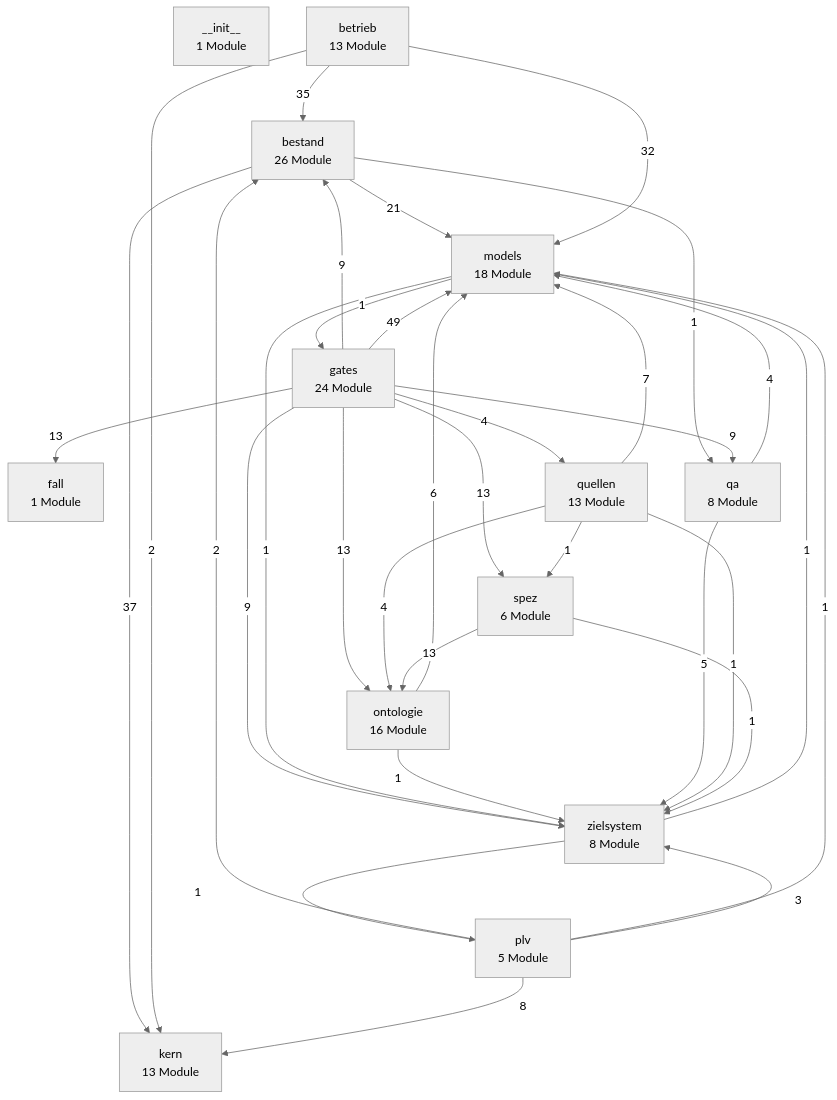
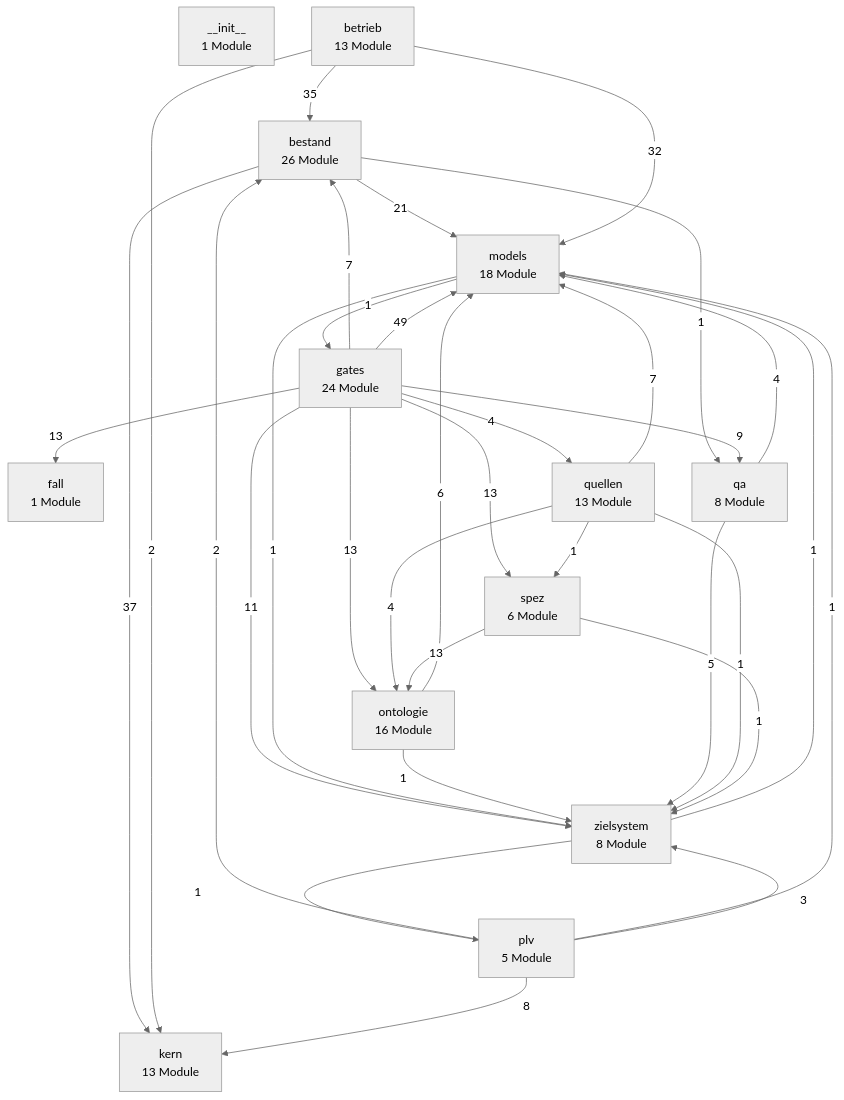
Before and after one commit to bartlmac/rechner-pipeline: the first of 3 diagrams in docs/architektur/landkarte.md, drawn with Mermaid (neutral theme). The commit also changed other lines of this file and 6 other files, not shown here.

First line of the commit message:
zielsystem: Laufmanifeste der Gates ueber Bestandsdaten binden

````diff
--- a/docs/architektur/landkarte.md
+++ b/docs/architektur/landkarte.md
@@ -36,49 +36,49 @@
 ```mermaid
 %% Schichten — erzeugt von ontologie.landkarte
 flowchart TD
     n__init__["__init__<br/>1 Module"]
     bestand["bestand<br/>26 Module"]
     betrieb["betrieb<br/>13 Module"]
     fall["fall<br/>1 Module"]
     gates["gates<br/>24 Module"]
     kern["kern<br/>13 Module"]
     models["models<br/>18 Module"]
     ontologie["ontologie<br/>16 Module"]
     plv["plv<br/>5 Module"]
     qa["qa<br/>8 Module"]
     quellen["quellen<br/>13 Module"]
     spez["spez<br/>6 Module"]
     zielsystem["zielsystem<br/>8 Module"]
     bestand -- 37 --> kern
     bestand -- 21 --> models
     bestand -- 1 --> qa
     betrieb -- 35 --> bestand
     betrieb -- 2 --> kern
     betrieb -- 32 --> models
-    gates -- 9 --> bestand
+    gates -- 7 --> bestand
     gates -- 13 --> fall
     gates -- 49 --> models
     gates -- 13 --> ontologie
     gates -- 9 --> qa
     gates -- 4 --> quellen
     gates -- 13 --> spez
-    gates -- 9 --> zielsystem
+    gates -- 11 --> zielsystem
     models -- 1 --> gates
     models -- 1 --> zielsystem
     ontologie -- 6 --> models
     ontologie -- 1 --> zielsystem
     plv -- 2 --> bestand
     plv -- 8 --> kern
     plv -- 1 --> models
     plv -- 3 --> zielsystem
     qa -- 4 --> models
     qa -- 5 --> zielsystem
     quellen -- 7 --> models
     quellen -- 4 --> ontologie
     quellen -- 1 --> spez
     quellen -- 1 --> zielsystem
     spez -- 13 --> ontologie
     spez -- 1 --> zielsystem
     zielsystem -- 1 --> models
     zielsystem -- 1 --> plv
 ```
````
